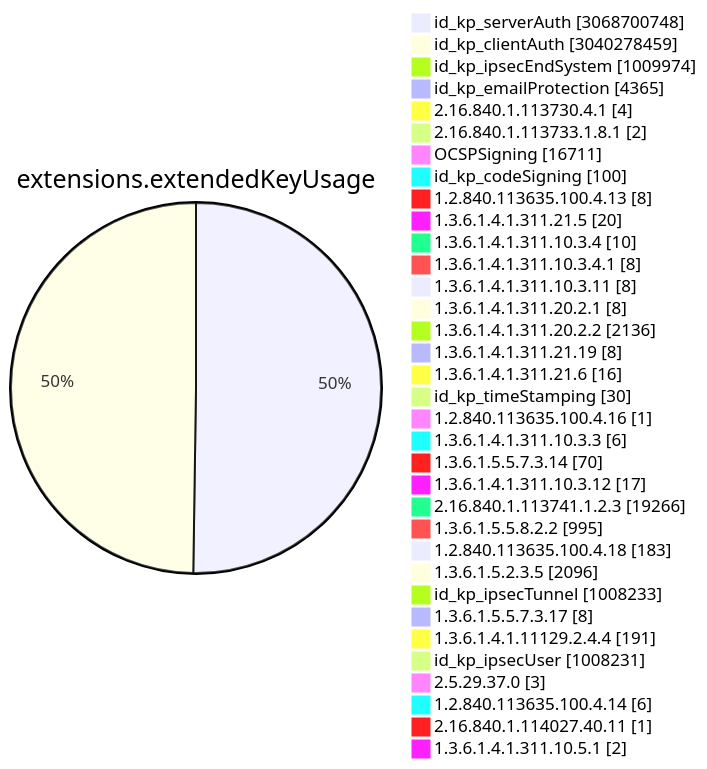
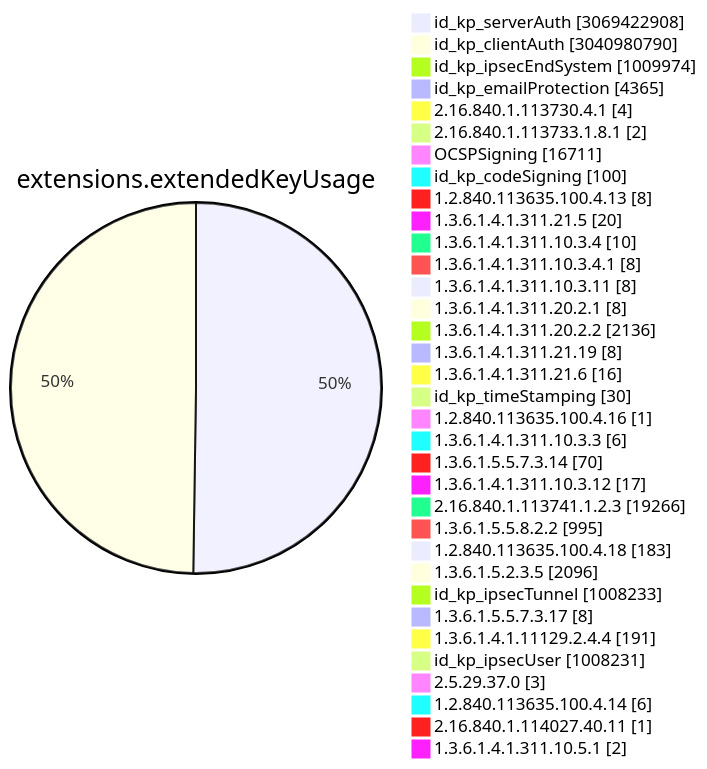
Before and after one commit to christiankrug/ctmonitor_visualization: diagram 11 of 15 in TOTAL/README.md, drawn with Mermaid. The commit also changed other lines of this file, not shown here.

````diff
--- a/TOTAL/README.md
+++ b/TOTAL/README.md
@@ -4117,38 +4117,38 @@
 ```mermaid
 pie showData
 title extensions.extendedKeyUsage
-"id_kp_serverAuth" :3068700748
-"id_kp_clientAuth" :3040278459
+"id_kp_serverAuth" :3069422908
+"id_kp_clientAuth" :3040980790
 "id_kp_ipsecEndSystem" :1009974
 "id_kp_emailProtection" :4365
 "2.16.840.1.113730.4.1" :4
 "2.16.840.1.113733.1.8.1" :2
 "OCSPSigning" :16711
 "id_kp_codeSigning" :100
 "1.2.840.113635.100.4.13" :8
 "1.3.6.1.4.1.311.21.5" :20
 "1.3.6.1.4.1.311.10.3.4" :10
 "1.3.6.1.4.1.311.10.3.4.1" :8
 "1.3.6.1.4.1.311.10.3.11" :8
 "1.3.6.1.4.1.311.20.2.1" :8
 "1.3.6.1.4.1.311.20.2.2" :2136
 "1.3.6.1.4.1.311.21.19" :8
 "1.3.6.1.4.1.311.21.6" :16
 "id_kp_timeStamping" :30
 "1.2.840.113635.100.4.16" :1
 "1.3.6.1.4.1.311.10.3.3" :6
 "1.3.6.1.5.5.7.3.14" :70
 "1.3.6.1.4.1.311.10.3.12" :17
 "2.16.840.1.113741.1.2.3" :19266
 "1.3.6.1.5.5.8.2.2" :995
 "1.2.840.113635.100.4.18" :183
 "1.3.6.1.5.2.3.5" :2096
 "id_kp_ipsecTunnel" :1008233
 "1.3.6.1.5.5.7.3.17" :8
 "1.3.6.1.4.1.11129.2.4.4" :191
 "id_kp_ipsecUser" :1008231
 "2.5.29.37.0" :3
 "1.2.840.113635.100.4.14" :6
 "2.16.840.1.114027.40.11" :1
 "1.3.6.1.4.1.311.10.5.1" :2
 ```
````
